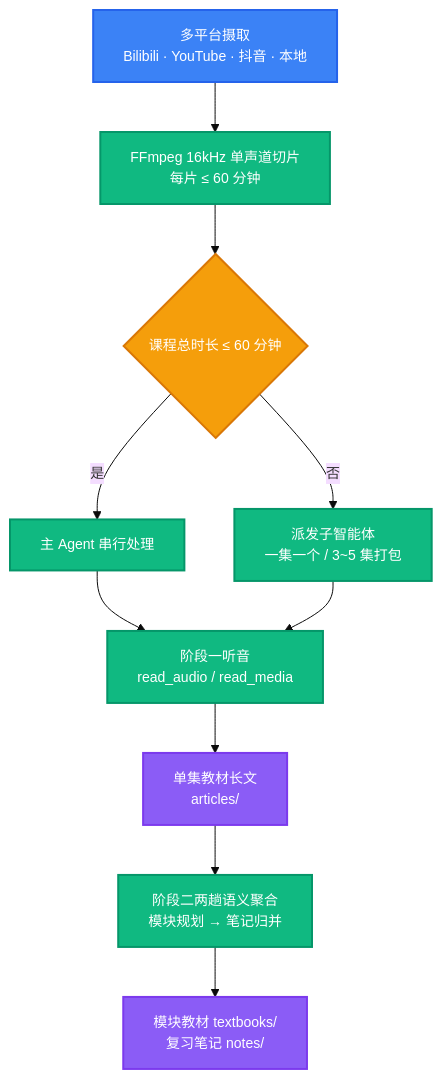
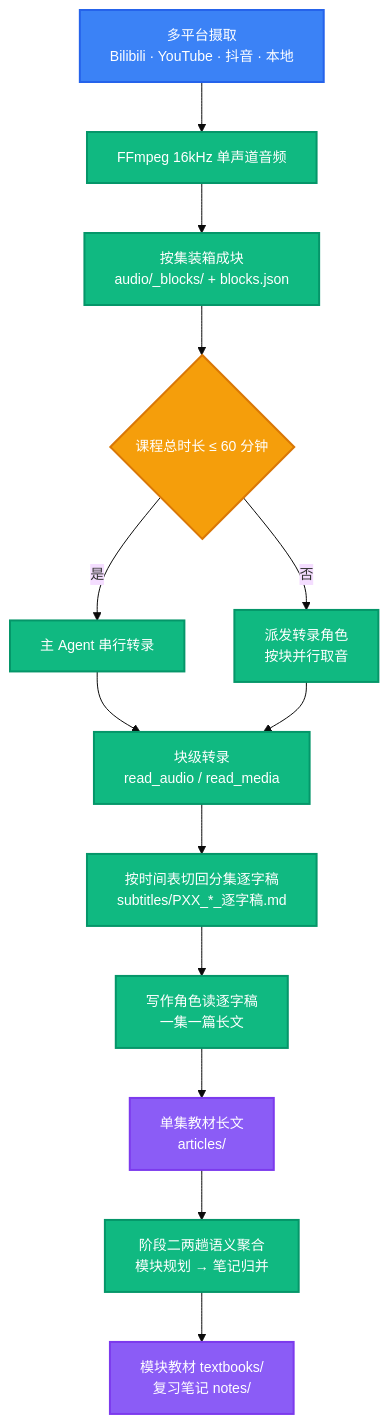
Before and after one commit to LINJIANG12/video2book: the diagram in README.md, drawn with Mermaid. The commit also changed other lines of this file and 14 other files, not shown here.

````diff
--- a/README.md
+++ b/README.md
@@ -166,23 +166,26 @@
 ```mermaid
 %%{init: {'theme': 'base', 'themeVariables': {'fontSize': '14px'}}}%%
 flowchart TD
-    A[多平台摄取<br/>Bilibili · YouTube · 抖音 · 本地] --> B[FFmpeg 16kHz 单声道切片<br/>每片 ≤ 60 分钟]
-    B --> C{课程总时长 ≤ 60 分钟}
-    C -->|是| D[主 Agent 串行处理]
-    C -->|否| E[派发子智能体<br/>一集一个 / 3~5 集打包]
-    D --> F[阶段一听音<br/>read_audio / read_media]
+    A[多平台摄取<br/>Bilibili · YouTube · 抖音 · 本地] --> B[FFmpeg 16kHz 单声道音频]
+    B --> M[按集装箱成块<br/>audio/_blocks/ + blocks.json]
+    M --> C{课程总时长 ≤ 60 分钟}
+    C -->|是| D[主 Agent 串行转录]
+    C -->|否| E[派发转录角色<br/>按块并行取音]
+    D --> F[块级转录<br/>read_audio / read_media]
     E --> F
-    F --> G[单集教材长文<br/>articles/]
+    F --> S[按时间表切回分集逐字稿<br/>subtitles/PXX_*_逐字稿.md]
+    S --> W[写作角色读逐字稿<br/>一集一篇长文]
+    W --> G[单集教材长文<br/>articles/]
     G --> H[阶段二两趟语义聚合<br/>模块规划 → 笔记归并]
     H --> I[模块教材 textbooks/<br/>复习笔记 notes/]
 
     classDef start fill:#3B82F6,stroke:#2563EB,color:#fff,stroke-width:2px
     classDef process fill:#10B981,stroke:#059669,color:#fff,stroke-width:2px
     classDef decision fill:#F59E0B,stroke:#D97706,color:#fff,stroke-width:2px
     classDef data fill:#8B5CF6,stroke:#7C3AED,color:#fff,stroke-width:2px
 
     class A start
-    class B,D,E,F,H process
+    class B,M,D,E,F,S,W,H process
     class C decision
     class G,I data
 ```
````
